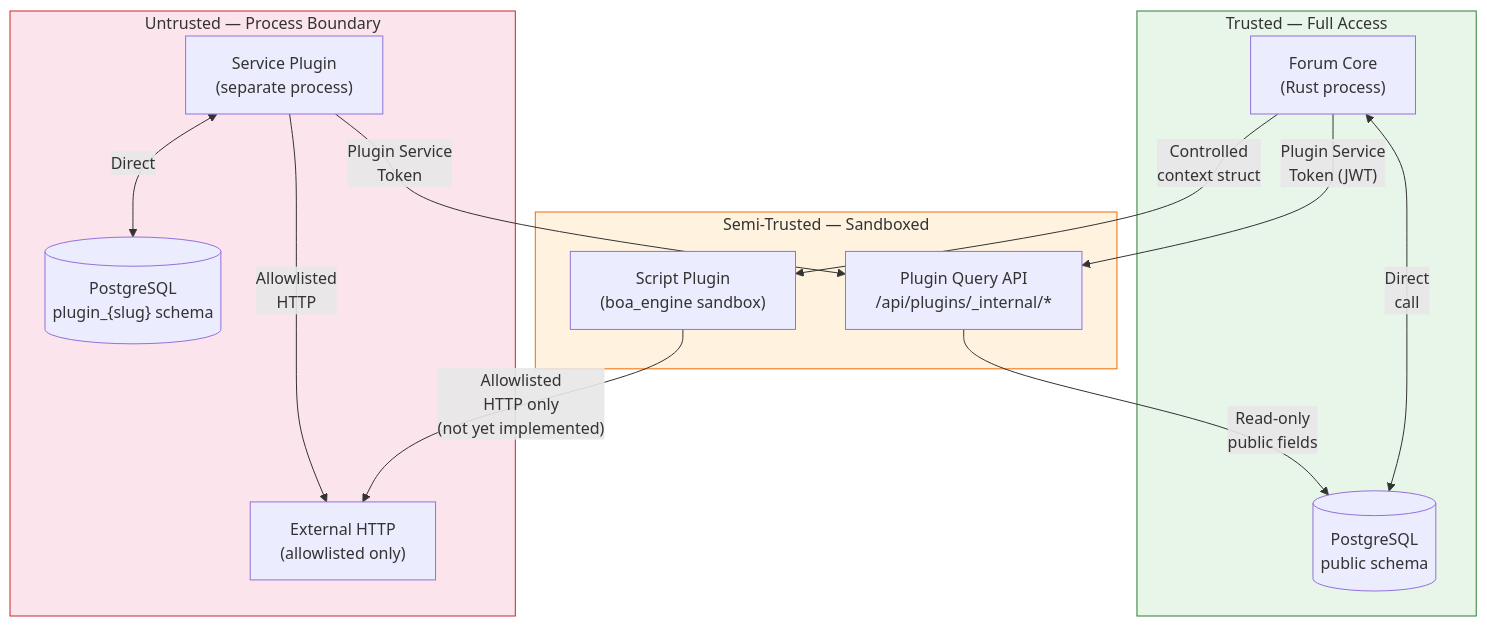
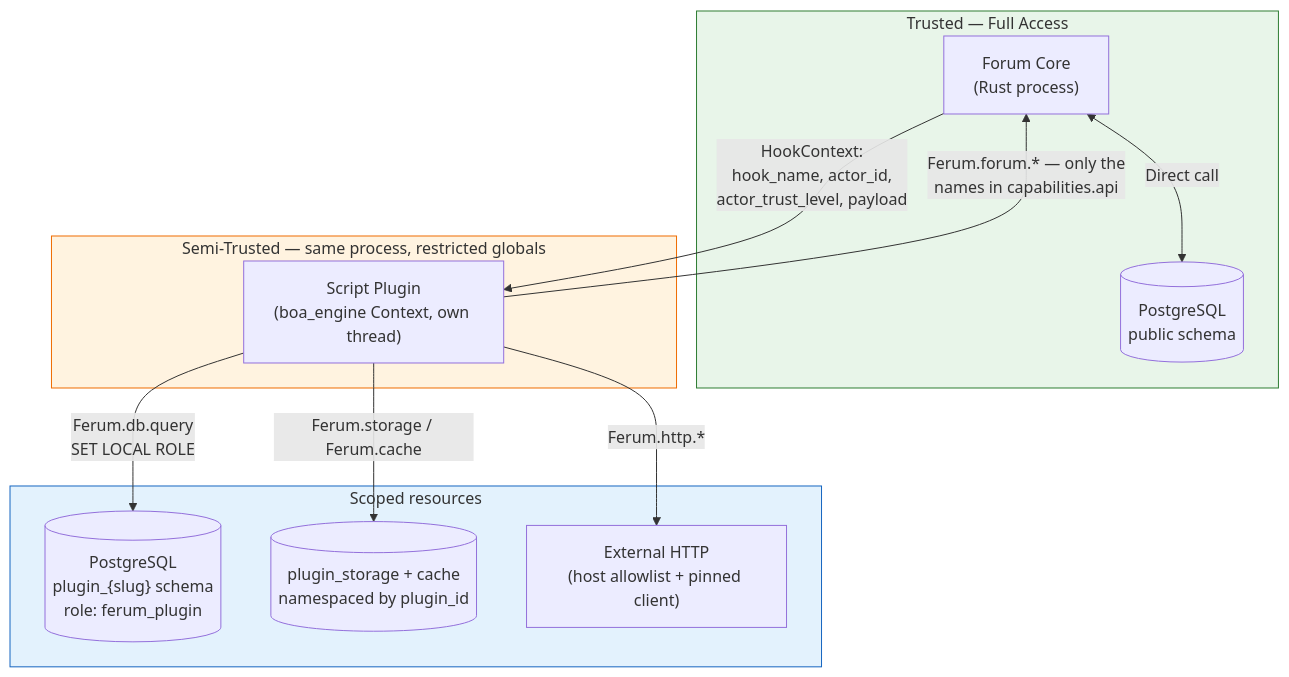
Before and after one commit to rex-pj/ferum-board: diagram 14 of 14 in docs/plugin-system/technical-design.md, drawn with Mermaid. The commit also changed other lines of this file and 18 other files, not shown here.

````diff
--- a/docs/plugin-system/technical-design.md
+++ b/docs/plugin-system/technical-design.md
@@ -648,31 +738,28 @@
 ```mermaid
 graph TB
     subgraph Trusted["Trusted — Full Access"]
         Core["Forum Core\n(Rust process)"]
         DB[("PostgreSQL\npublic schema")]
     end
 
-    subgraph SemiTrusted["Semi-Trusted — Sandboxed"]
-        V8["Script Plugin\n(boa_engine sandbox)"]
-        QueryAPI["Plugin Query API\n/api/plugins/_internal/*"]
+    subgraph SemiTrusted["Semi-Trusted — same process, restricted globals"]
+        JS["Script Plugin\n(boa_engine Context, own thread)"]
     end
 
-    subgraph Untrusted["Untrusted — Process Boundary"]
-        Sidecar["Service Plugin\n(separate process)"]
-        PluginDB[("PostgreSQL\nplugin_{slug} schema")]
-        External["External HTTP\n(allowlisted only)"]
+    subgraph Scoped["Scoped resources"]
+        PluginDB[("PostgreSQL\nplugin_{slug} schema\nrole: ferum_plugin")]
+        KV[("plugin_storage + cache\nnamespaced by plugin_id")]
+        External["External HTTP\n(host allowlist + pinned client)"]
     end
 
-    Core <-->|"Direct\ncall"| DB
-    Core -->|"Controlled\ncontext struct"| V8
-    V8 -->|"Allowlisted\nHTTP only\n(not yet implemented)"| External
-    Core -->|"Plugin Service\nToken (JWT)"| QueryAPI
-    QueryAPI -->|"Read-only\npublic fields"| DB
-    Sidecar -->|"Plugin Service\nToken"| QueryAPI
-    Sidecar <-->|"Direct"| PluginDB
-    Sidecar -->|"Allowlisted\nHTTP"| External
+    Core <-->|"Direct call"| DB
+    Core -->|"HookContext:\nhook_name, actor_id,\nactor_trust_level, payload"| JS
+    JS -->|"Ferum.db.query\nSET LOCAL ROLE"| PluginDB
+    JS -->|"Ferum.storage / Ferum.cache"| KV
+    JS -->|"Ferum.http.*"| External
+    JS -->|"Ferum.forum.* — only the\nnames in capabilities.api"| Core
 
     style Trusted fill:#e8f5e9,stroke:#2e7d32
     style SemiTrusted fill:#fff3e0,stroke:#ef6c00
-    style Untrusted fill:#fce4ec,stroke:#c62828
+    style Scoped fill:#e3f2fd,stroke:#1565c0
 ```
````
